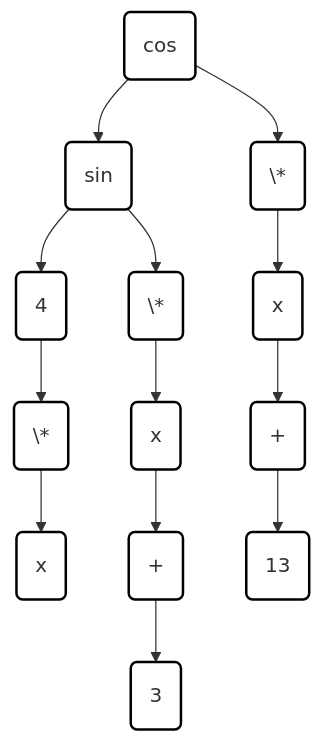
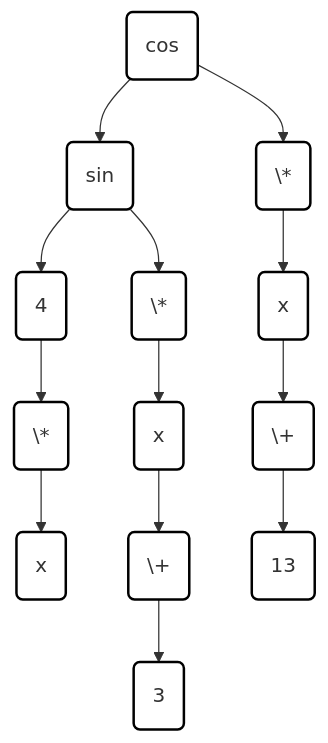
Before and after one commit to neavailable/Derivative_calculator: the second of 2 diagrams in README.md, drawn with Mermaid.

````diff
--- a/README.md
+++ b/README.md
@@ -56,43 +56,43 @@
 ```mermaid
 graph TD
     COS(cos)
     SIN(sin)
     FOUR(4)
     MULTIPLY_SIN(\*)
     X_SIN(x)
     X_COS(x)
     MULTIPLY_COS(\*)
-    PLUS_COS(+)
+    PLUS_COS(\+)
     THREE(3)
     MULTIPLY(\*)
     X(x)
-    PLUS(+)
+    PLUS(\+)
     THIRTEEN(13)
 
     COS          --> SIN
     COS          --> MULTIPLY
     SIN          --> FOUR
     SIN          --> MULTIPLY_COS
     FOUR         --> MULTIPLY_SIN
     MULTIPLY_SIN --> X_SIN
     MULTIPLY_COS --> X_COS
     X_COS        --> PLUS_COS
     PLUS_COS     --> THREE
     MULTIPLY     --> X
     X            --> PLUS
     PLUS         --> THIRTEEN
 
     style COS          fill:#ffffff,stroke:#000000,stroke-width:2px
     style SIN          fill:#ffffff,stroke:#000000,stroke-width:2px
     style FOUR         fill:#ffffff,stroke:#000000,stroke-width:2px
     style MULTIPLY_SIN fill:#ffffff,stroke:#000000,stroke-width:2px
     style X_SIN        fill:#ffffff,stroke:#000000,stroke-width:2px
     style MULTIPLY_COS fill:#ffffff,stroke:#000000,stroke-width:2px
     style PLUS_COS     fill:#ffffff,stroke:#000000,stroke-width:2px
     style THREE        fill:#ffffff,stroke:#000000,stroke-width:2px
     style MULTIPLY     fill:#ffffff,stroke:#000000,stroke-width:2px
     style X            fill:#ffffff,stroke:#000000,stroke-width:2px
     style PLUS         fill:#ffffff,stroke:#000000,stroke-width:2px
     style THIRTEEN     fill:#ffffff,stroke:#000000,stroke-width:2px
     style X_COS        fill:#ffffff,stroke:#000000,stroke-width:2px
 ```
````
